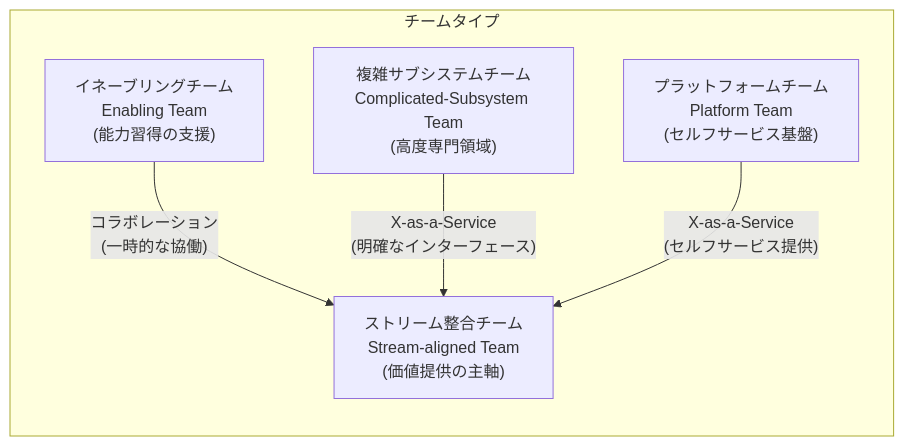
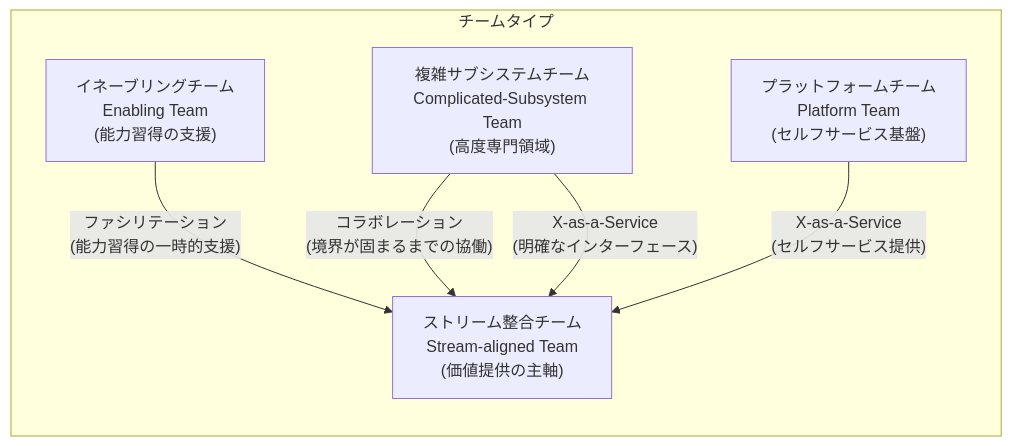
The third of 6 diagrams in archive/Engineering-management-career-path/Engineering-executive-playbook.md (myoshi2891/Management-Team-Building-Studies), drawn with Mermaid before and after one commit. The commit also changed other lines of this file and 3 other files, not shown here.

Commit message:
fix(pages): 統括責任者の手引きにDORA5指標を反映しチームトポロジー関連図を修正

````diff
--- a/archive/Engineering-management-career-path/Engineering-executive-playbook.md
+++ b/archive/Engineering-management-career-path/Engineering-executive-playbook.md
@@ -119,12 +119,13 @@
 ```mermaid
 flowchart LR
     subgraph チームタイプ
     ST["ストリーム整合チーム<br/>Stream-aligned Team<br/>(価値提供の主軸)"]
     EN["イネーブリングチーム<br/>Enabling Team<br/>(能力習得の支援)"]
     CS["複雑サブシステムチーム<br/>Complicated-Subsystem Team<br/>(高度専門領域)"]
     PF["プラットフォームチーム<br/>Platform Team<br/>(セルフサービス基盤)"]
     end
-    EN -- "コラボレーション<br/>(一時的な協働)" --> ST
+    EN -- "ファシリテーション<br/>(能力習得の一時的支援)" --> ST
+    CS -- "コラボレーション<br/>(境界が固まるまでの協働)" --> ST
     CS -- "X-as-a-Service<br/>(明確なインターフェース)" --> ST
     PF -- "X-as-a-Service<br/>(セルフサービス提供)" --> ST
 ```
````
